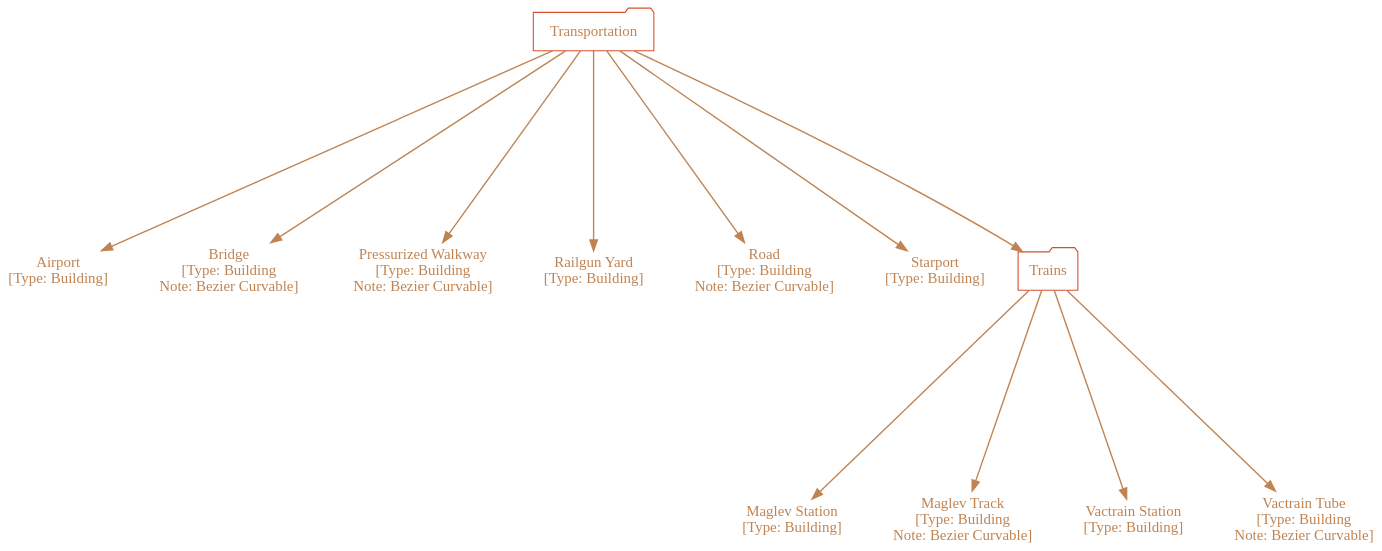
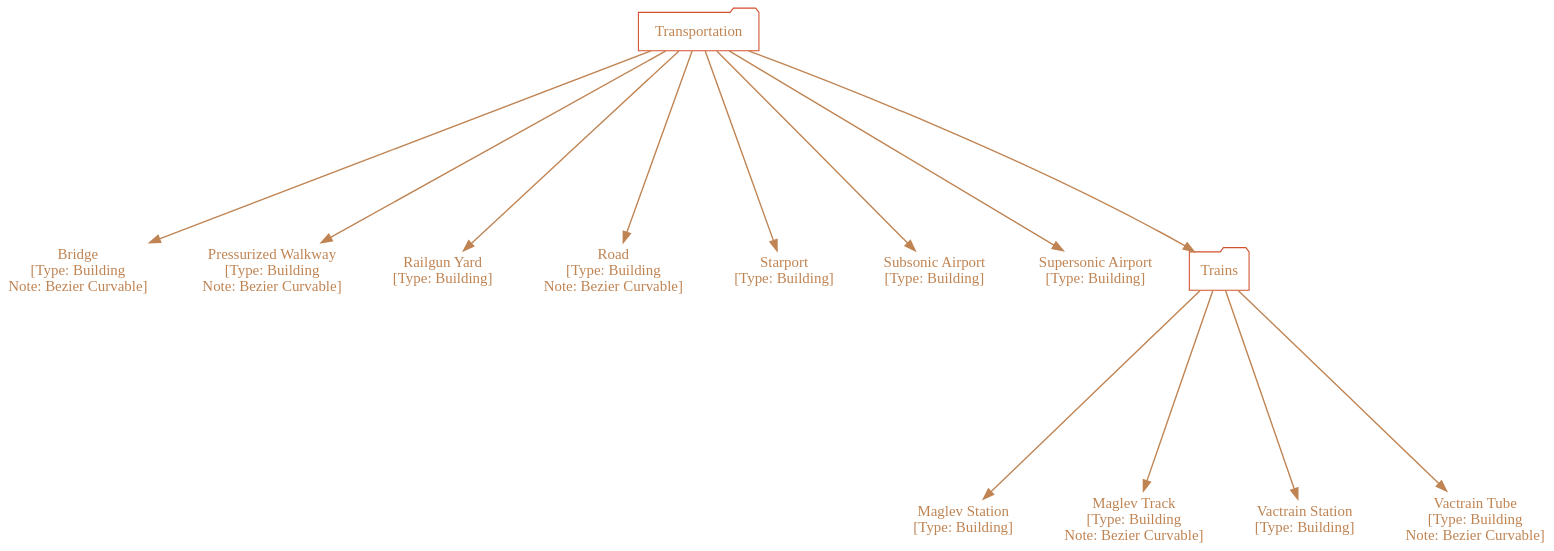
Before and after one commit to cartesiantheatre/handbook: the diagram in Handbook/Game_Mechanics/Graphviz/Units_User_Basic_Transportation.dot.gv, drawn with Graphviz. The commit also changed 14 other files, not shown here.

```diff
--- a/Handbook/Game_Mechanics/Graphviz/Units_User_Basic_Transportation.dot.gv
+++ b/Handbook/Game_Mechanics/Graphviz/Units_User_Basic_Transportation.dot.gv
@@ -1,61 +1,63 @@
 /*
   This is part of the Avaneya Project Crew Handbook.
   Copyright (C) 2010, 2011, 2012
     Kshatra Corp.
   See the file License for copying conditions.
   
   To manually compile:
       $ sudo aptitude install graphviz
       $ twopi -Tpdf Units_User_Basic_Transportation.twopi.gv -o Units_User_Basic_Transportation.pdf
 */
 
 digraph Units_User_Basic_Transportation
 {
     // Graph attributes...
 	bgcolor="transparent";
 	margin="0";
 	ratio="auto";
     ranksep="2.5";
     pad="0.5,0.5";
     compound="true";
     overlap="vpsc";
     root="Transportation";
 
 	// Node attributes...
 	node[color="#d3502dff"];
 	node[fillcolor="gray10"];
     node[fontcolor="#c08453ff"];
     node[fontname="Ubuntu"];
     node[shape="none"]
 	
 	// Edge attributes...
 	edge[color="#c08453ff"];
 	edge[penwidth="1.3"];
 
     // Units...
-    "Airport"[label="Airport\n[Type: Building]"];
     "Bridge"[label="Bridge\n[Type: Building\nNote: Bezier Curvable]"];
     "Maglev Station"[label="Maglev Station\n[Type: Building]"];
     "Maglev Track"[label="Maglev Track\n[Type: Building\nNote: Bezier Curvable]"];
     "Pressurized Walkway"[label="Pressurized Walkway\n[Type: Building\nNote: Bezier Curvable]"];
     "Railgun Yard"[label="Railgun Yard\n[Type: Building]"];
     "Road"[label="Road\n[Type: Building\nNote: Bezier Curvable]"];
     "Starport"[label="Starport\n[Type: Building]"];
+    "Subsonic Airport"[label="Subsonic Airport\n[Type: Building]"];
+    "Supersonic Airport"[label="Supersonic Airport\n[Type: Building]"];
     "Vactrain Station"[label="Vactrain Station\n[Type: Building]"];
     "Vactrain Tube"[label="Vactrain Tube\n[Type: Building\nNote: Bezier Curvable]"];
 
     // Categorical relations, but not build dependencies...
     "Transportation"[shape="folder"];
-        "Transportation" -> "Airport";
         "Transportation" -> "Bridge";
         "Transportation" -> "Pressurized Walkway";
         "Transportation" -> "Railgun Yard";
         "Transportation" -> "Road";
         "Transportation" -> "Starport";
+        "Transportation" -> "Subsonic Airport";
+        "Transportation" -> "Supersonic Airport";
         "Trains"[shape="folder"];
         "Transportation" -> "Trains";
             "Trains" -> "Maglev Station";
             "Trains" -> "Maglev Track";
             "Trains" -> "Vactrain Station";
             "Trains" -> "Vactrain Tube";
 }
```
